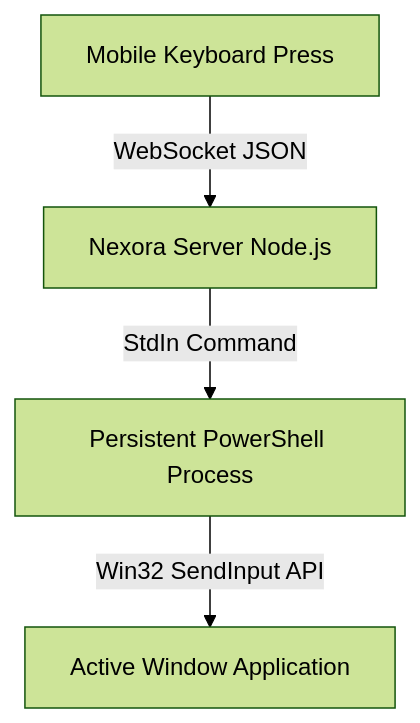
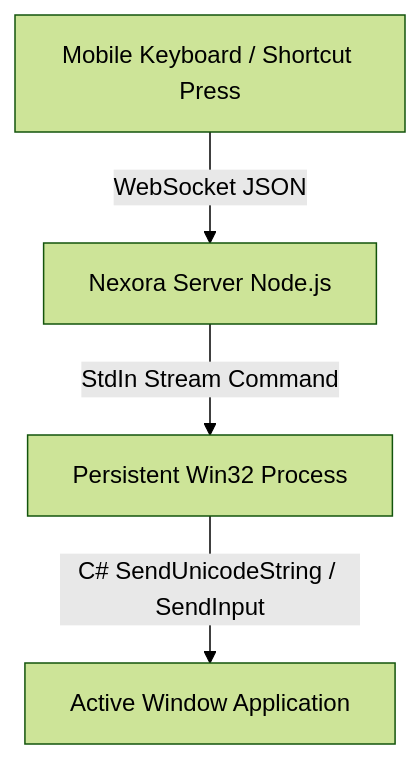
The diagram in docs/keyboard.md (baaghinitesh/Nexora-desktop-release), drawn with Mermaid (forest theme) before and after one commit. The commit also changed other lines of this file and 5 other files, not shown here.

````diff
--- a/docs/keyboard.md
+++ b/docs/keyboard.md
@@ -11,6 +9,6 @@
 ```mermaid
 graph TD
-    A[Mobile Keyboard Press] -->|WebSocket JSON| B[Nexora Server Node.js]
-    B -->|StdIn Command| C[Persistent PowerShell Process]
-    C -->|Win32 SendInput API| D[Active Window Application]
+    A[Mobile Keyboard / Shortcut Press] -->|WebSocket JSON| B[Nexora Server Node.js]
+    B -->|StdIn Stream Command| C[Persistent Win32 Process]
+    C -->|C# SendUnicodeString / SendInput| D[Active Window Application]
 ```
````
